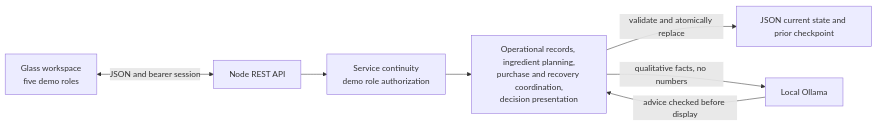
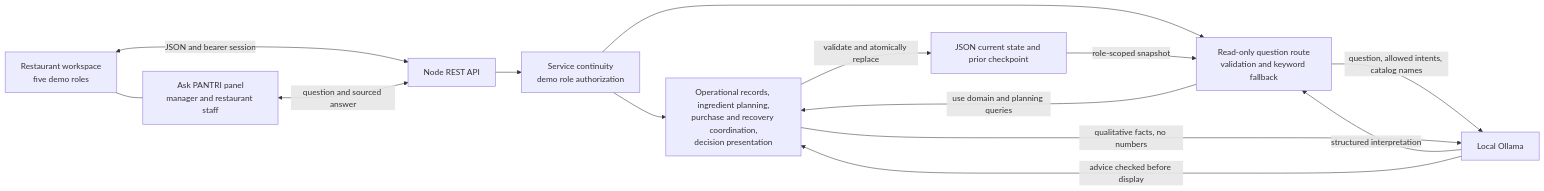
Before and after one commit to sysen5151-fall2026/team16: the diagram in classroom-demo/README.md, drawn with Mermaid. The commit also changed other lines of this file and 8 other files, not shown here.

Commit message:
Document the assistant, classroom route, and native model plan

```diff
--- a/classroom-demo/README.md
+++ b/classroom-demo/README.md
@@ -60,9 +73,16 @@
 ~~~mermaid
 flowchart LR
-  UI["Glass workspace<br/>five demo roles"] <-->|"JSON and bearer session"| HTTP["Node REST API"]
+  UI["Restaurant workspace<br/>five demo roles"] <-->|"JSON and bearer session"| HTTP["Node REST API"]
+  UI --- Panel["Ask PANTRI panel<br/>manager and restaurant staff"]
+  Panel <-->|"question and sourced answer"| HTTP
   HTTP --> Access["Service continuity<br/>demo role authorization"]
   Access --> Work["Operational records, ingredient planning,<br/>purchase and recovery coordination,<br/>decision presentation"]
+  Access --> Assistant["Read-only question route<br/>validation and keyword fallback"]
   Work -->|"validate and atomically replace"| Store["JSON current state and prior checkpoint"]
+  Store -->|"role-scoped snapshot"| Assistant
+  Assistant -->|"use domain and planning queries"| Work
+  Assistant -->|"question, allowed intents, catalog names"| Ollama
+  Ollama -->|"structured interpretation"| Assistant
   Work -->|"qualitative facts, no numbers"| Ollama["Local Ollama"]
   Ollama -->|"advice checked before display"| Work
 ~~~
```
